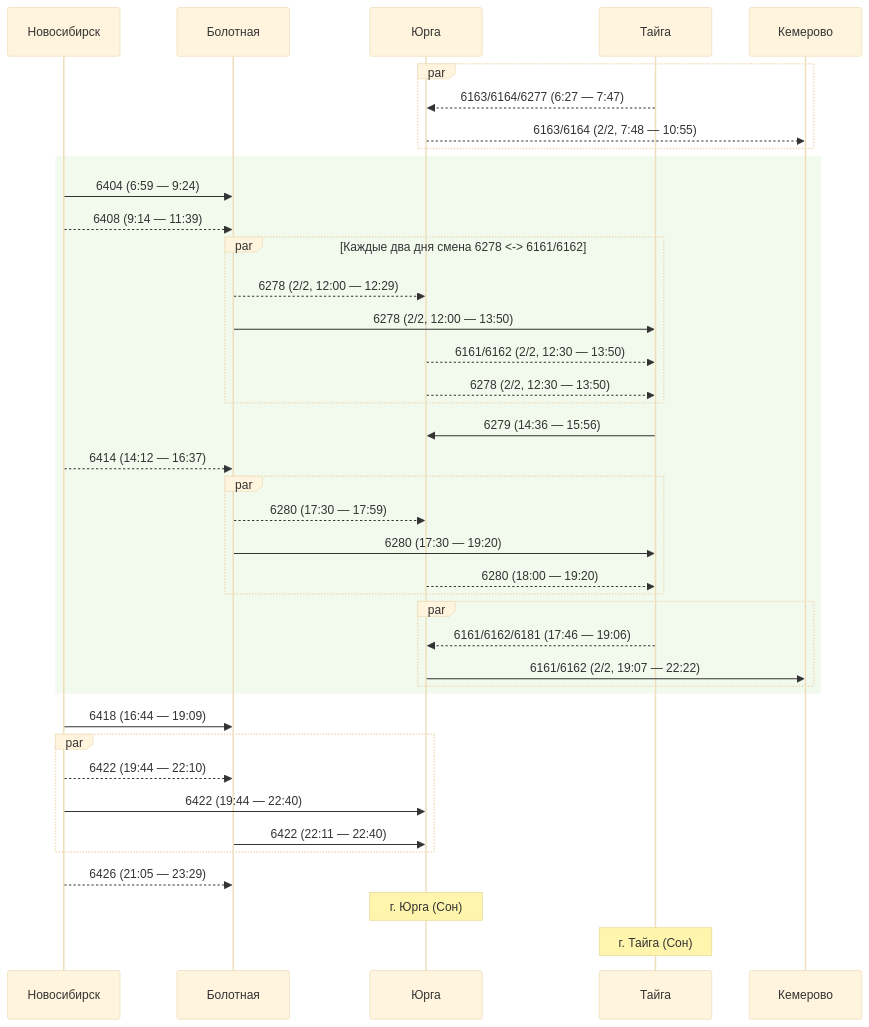
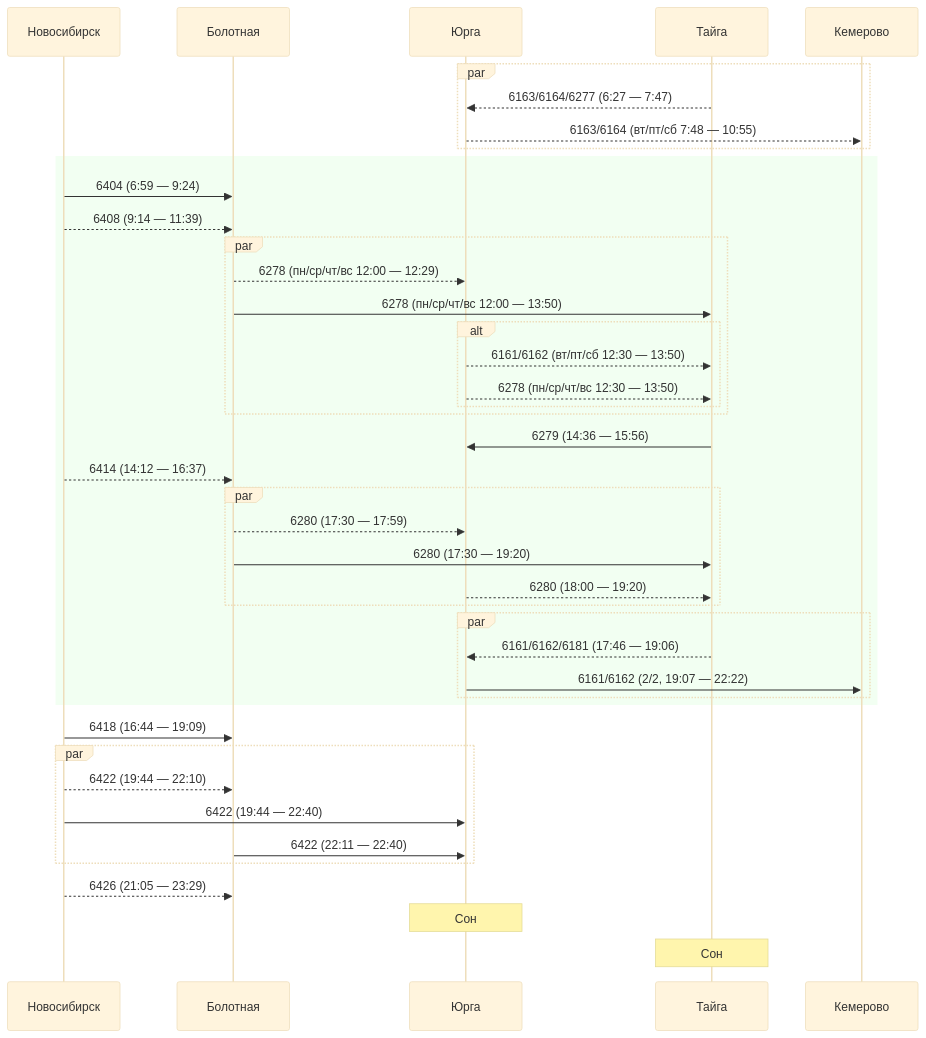
One commit to u0feff/Pezda changed the third of 4 diagrams in README.md. Above: the diagram before and after it, drawn with Mermaid (base theme). The commit also changed other lines of this file, not shown here.

Commit message:
Add Томск/Кемерово - Красноярск (Верхний путь)

````diff
--- a/README.md
+++ b/README.md
@@ -92,50 +101,52 @@
 ```mermaid
 sequenceDiagram
     participant Новосибирск
     participant Болотная
     participant Юрга
     participant Тайга
     participant Кемерово
 
     par
     Тайга-->>Юрга: 6163/6164/6277 (6:27 — 7:47)
-    Юрга-->>Кемерово: 6163/6164 (2/2, 7:48 — 10:55)
+    Юрга-->>Кемерово: 6163/6164 (вт/пт/сб 7:48 — 10:55)
     end
 
-    rect rgba(75, 175, 0, 0.07)
+    rect rgba(0, 255, 0, 0.05)
     Новосибирск->>Болотная: 6404 (6:59 — 9:24)
     Новосибирск-->>Болотная: 6408 (9:14 — 11:39)
-    par Каждые два дня смена 6278 <-> 6161/6162
-    Болотная-->>Юрга: 6278 (2/2, 12:00 — 12:29)
-    Болотная->>Тайга: 6278 (2/2, 12:00 — 13:50)
-    Юрга-->>Тайга: 6161/6162 (2/2, 12:30 — 13:50)
-    Юрга-->>Тайга: 6278 (2/2, 12:30 — 13:50)
+    par
+    Болотная-->>Юрга: 6278 (пн/ср/чт/вс 12:00 — 12:29)
+    Болотная->>Тайга: 6278 (пн/ср/чт/вс 12:00 — 13:50)
+    alt
+    Юрга-->>Тайга: 6161/6162 (вт/пт/сб 12:30 — 13:50)
+    Юрга-->>Тайга: 6278 (пн/ср/чт/вс 12:30 — 13:50)
+    end
     end
 
     Тайга->>Юрга: 6279 (14:36 — 15:56)
 
     Новосибирск-->>Болотная: 6414 (14:12 — 16:37)
     par
     Болотная-->>Юрга: 6280 (17:30 — 17:59)
     Болотная->>Тайга: 6280 (17:30 — 19:20)
     Юрга-->>Тайга: 6280 (18:00 — 19:20)
     end
     par
     Тайга-->>Юрга: 6161/6162/6181 (17:46 — 19:06)
     Юрга->>Кемерово: 6161/6162 (2/2, 19:07 — 22:22)
     end
     end
 
     Новосибирск->>Болотная: 6418 (16:44 — 19:09)
 
     par
     Новосибирск-->>Болотная: 6422 (19:44 — 22:10)
     Новосибирск->>Юрга: 6422 (19:44 — 22:40)
     Болотная->>Юрга: 6422 (22:11 — 22:40)
     end
 
     Новосибирск-->>Болотная: 6426 (21:05 — 23:29)
 
-    Note over Юрга: г. Юрга (Сон)
-    Note over Тайга: г. Тайга (Сон)
+    Note over Юрга: Сон
+    Note over Тайга: Сон
 ```
````
